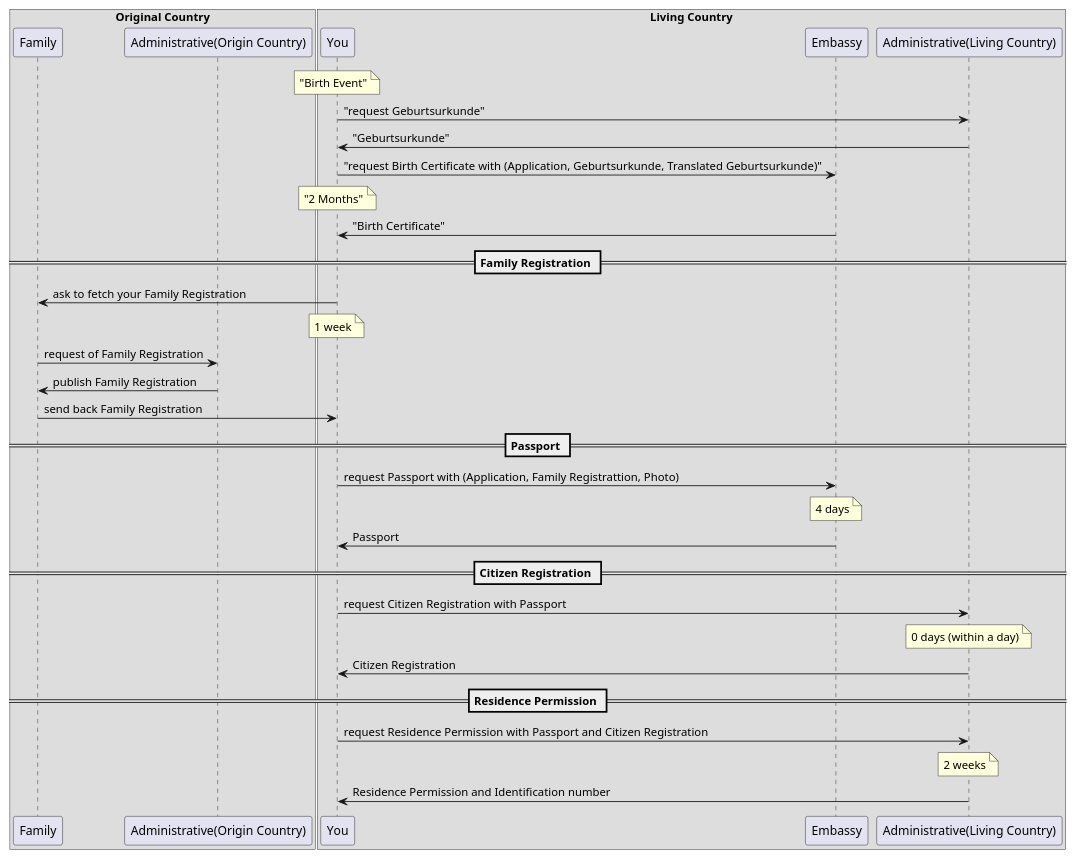
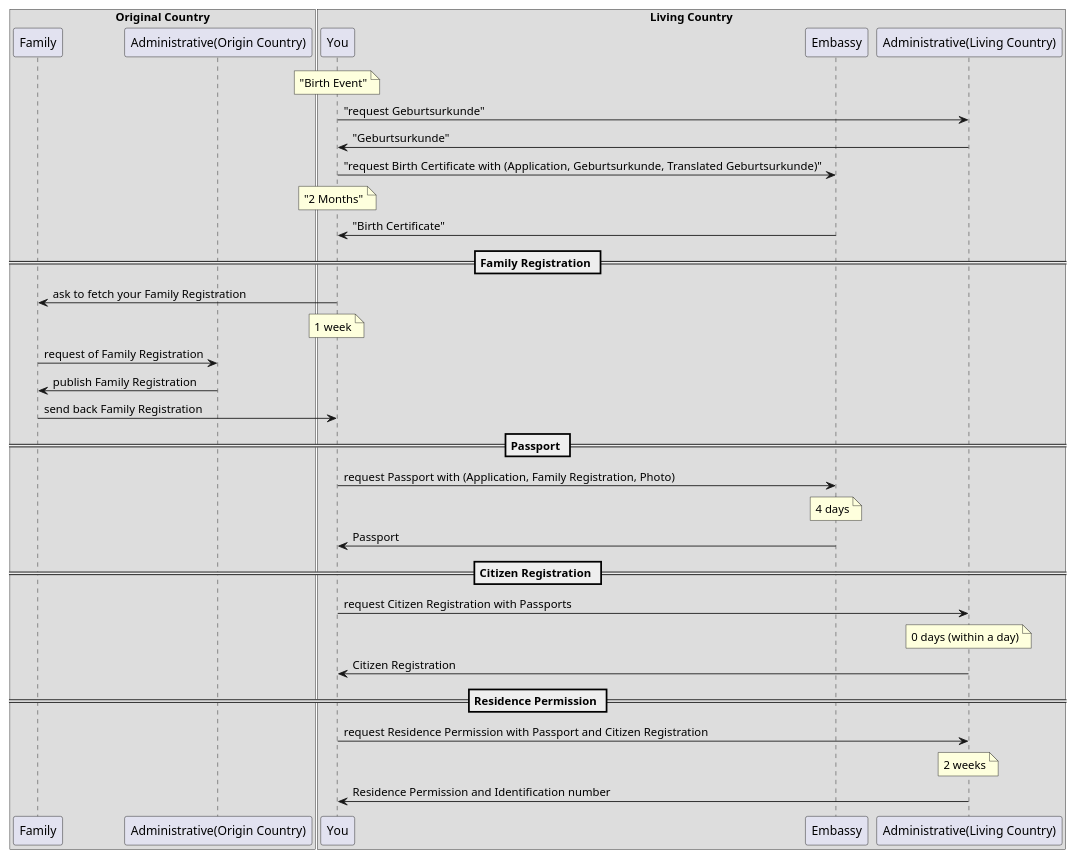
Before and after one commit to camparijet/camparijet.github.io: the first of 3 diagrams in index.org, drawn with PlantUML. The commit also changed 5 other files, not shown here.

```diff
--- a/index.org
+++ b/index.org
@@ -25,37 +25,37 @@
    #+BEGIN_SRC plantuml :file images/en_sequence_baby_authorization.png
       box "Original Country"
       participant Family
       participant "Administrative(Origin Country)" as origin
       end box
 
       box "Living Country"
       participant You
       participant Embassy
       participant "Administrative(Living Country)" as living
       end box
 
       note over You: "Birth Event"
       You->living: "request Geburtsurkunde"
       living->You: "Geburtsurkunde"
       You->Embassy: "request Birth Certificate with (Application, Geburtsurkunde, Translated Geburtsurkunde)"
       note over You: "2 Months"
       Embassy->You: "Birth Certificate"
       == Family Registration ==
       You->Family: ask to fetch your Family Registration
       note over You: 1 week
       Family->origin: request of Family Registration
       origin->Family: publish Family Registration
       Family->You: send back Family Registration
       == Passport ==
-      You->Embassy: request Passport with (Application, Family Registrattion, Photo)
+      You->Embassy: request Passport with (Application, Family Registration, Photo)
       note over Embassy: 4 days
       Embassy->You: Passport
       == Citizen Registration ==
-      You->living: request Citizen Registration with Passport
+      You->living: request Citizen Registration with Passports
       note over living: 0 days (within a day)
       living->You: Citizen Registration
       == Residence Permission ==
       You->living: request Residence Permission with Passport and Citizen Registration
       note over living: 2 weeks
       living->You: Residence Permission and Identification number
    #+END_SRC
```
